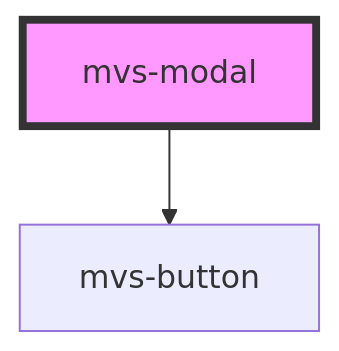
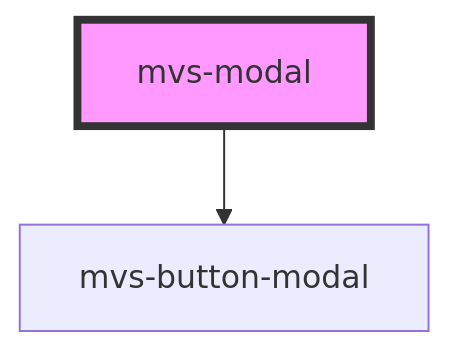
One commit to rafaela-vairo/mvs-design-system changed the diagram in src/components/layout/mvs-modal/readme.md. Above: the diagram before and after it, drawn with Mermaid. The commit also changed other lines of this file and 7 other files, not shown here.

````diff
--- a/src/components/layout/mvs-modal/readme.md
+++ b/src/components/layout/mvs-modal/readme.md
@@ -23,5 +25,5 @@
 ```mermaid
 graph TD;
-  mvs-modal --> mvs-button
+  mvs-modal --> mvs-button-modal
   style mvs-modal fill:#f9f,stroke:#333,stroke-width:4px
 ```
````
